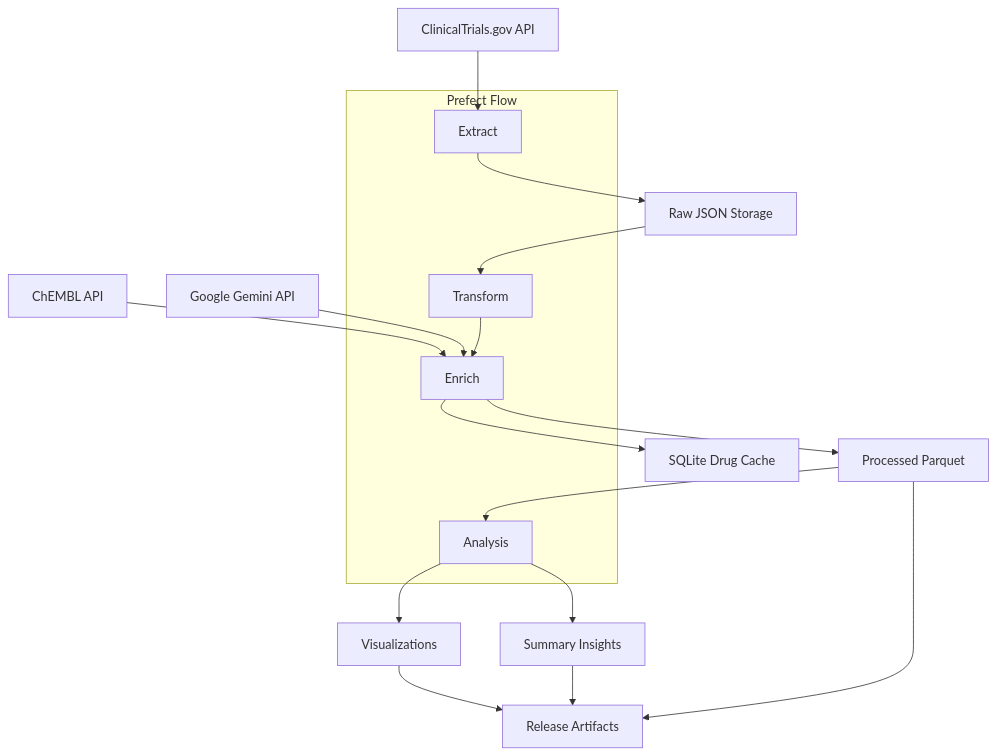
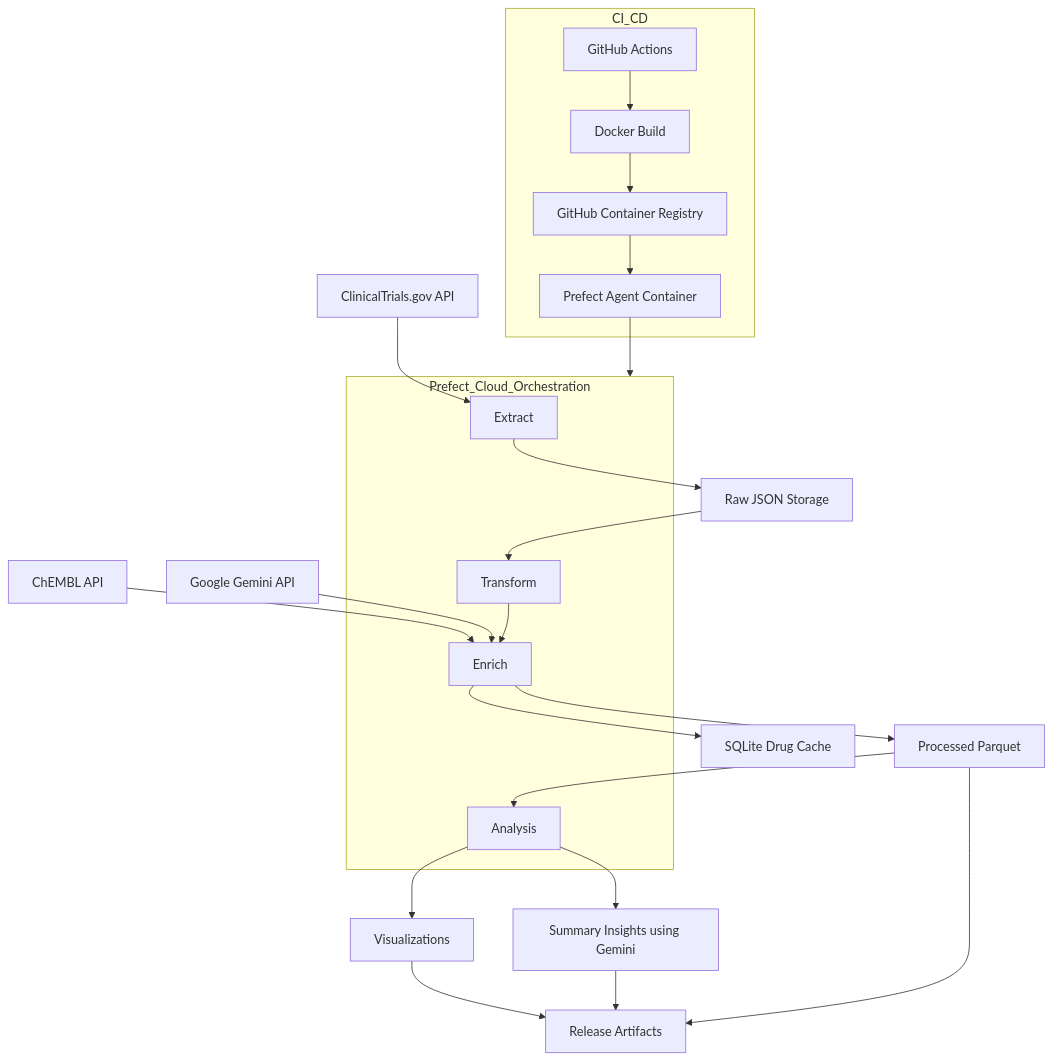
One commit to jibinb961/clinical_trial_pipeline changed the diagram in README.md. Above: the diagram before and after it, drawn with Mermaid. The commit also changed other lines of this file, not shown here.

````diff
--- a/README.md
+++ b/README.md
@@ -7,28 +7,36 @@
 ```mermaid
 graph TD
     A[ClinicalTrials.gov API] --> B[Extract]
     B --> C[Raw JSON Storage]
     C --> D[Transform]
     
     E[ChEMBL API] --> G[Enrich]
     H[Google Gemini API] --> G
     
     D --> G
     G --> I[SQLite Drug Cache]
     G --> J[Processed Parquet]
     
     J --> K[Analysis]
     K --> L[Visualizations]
-    K --> M[Summary Insights]
+    K --> M[Summary Insights using Gemini]
     
     L --> N[Release Artifacts]
     M --> N
     J --> N
-    
-    subgraph Prefect Flow
-    B
-    D
-    G
-    K
+
+    subgraph Prefect_Cloud_Orchestration
+        B
+        D
+        G
+        K
     end
+
+    subgraph CI_CD
+        O[GitHub Actions] --> P[Docker Build]
+        P --> Q[GitHub Container Registry]
+        Q --> R[Prefect Agent Container]
+    end
+
+    R --> Prefect_Cloud_Orchestration
 ```
````
